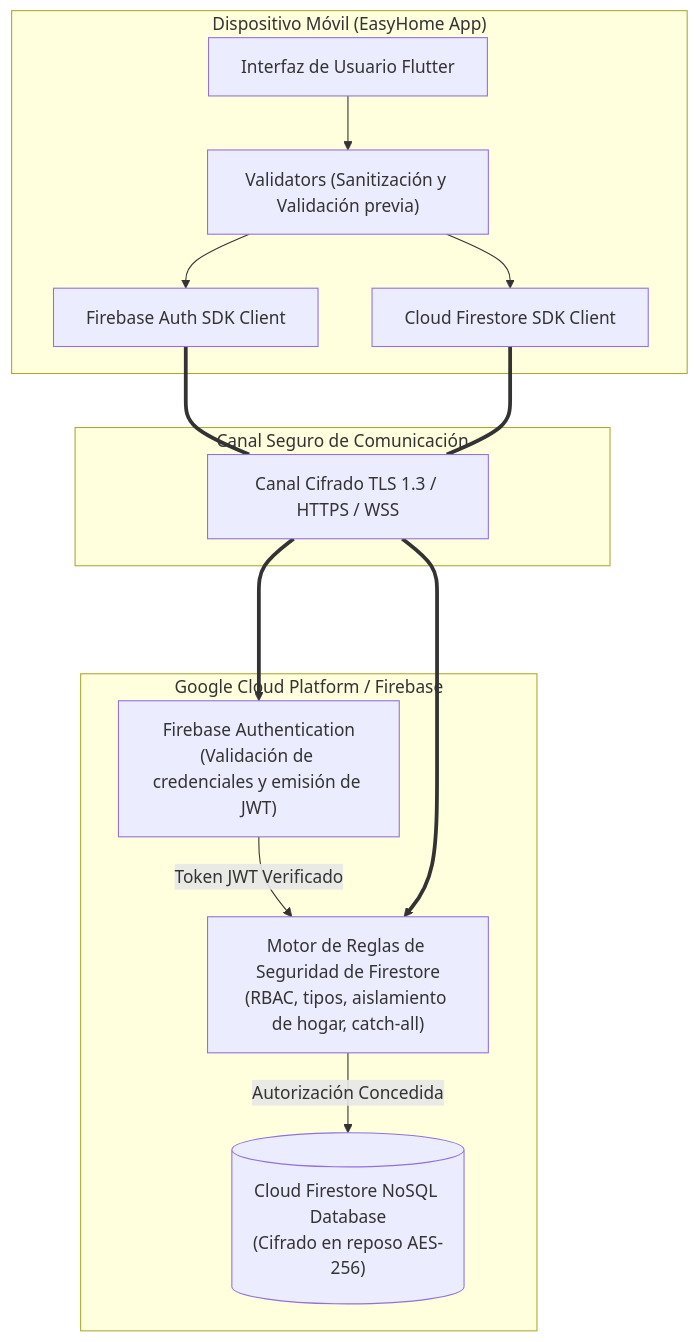
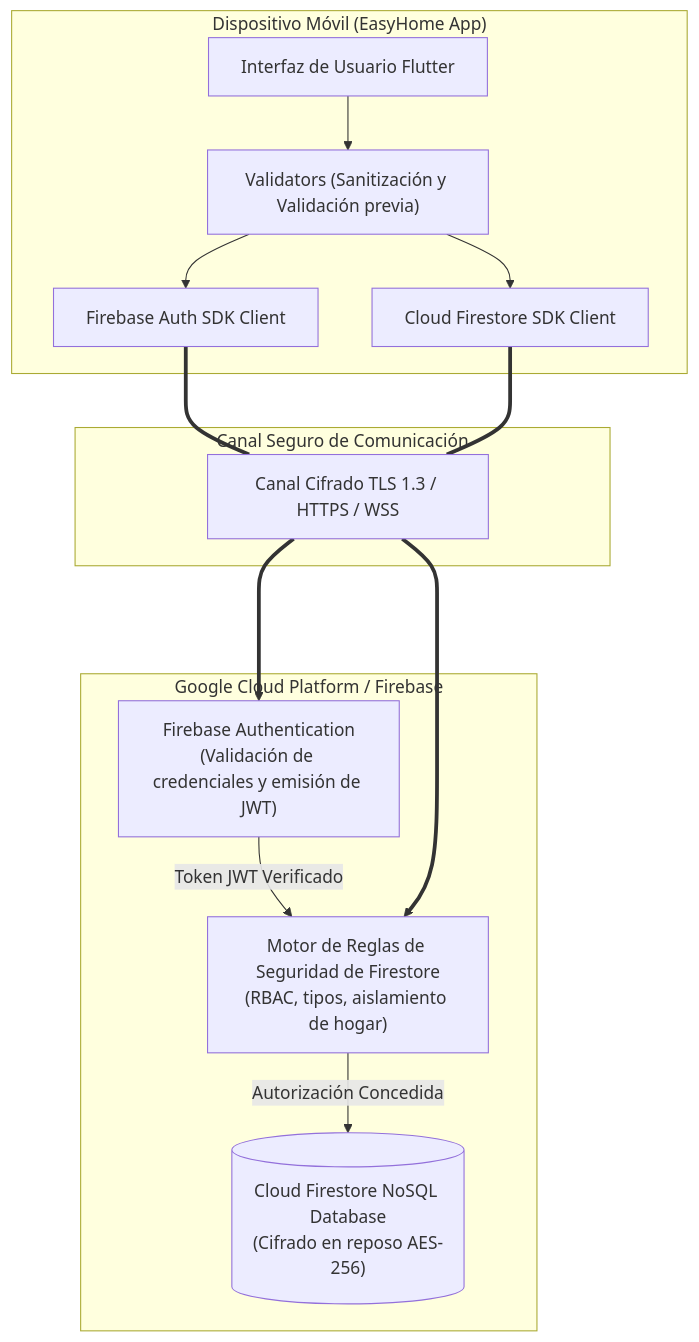
One commit to JaquelineCamarillo/EasyHome changed the diagram in bitacora/seguridad.md. Above: the diagram before and after it, drawn with Mermaid. The commit also changed other lines of this file and 54 other files, not shown here.

````diff
--- a/bitacora/seguridad.md
+++ b/bitacora/seguridad.md
@@ -22,28 +39,28 @@
 ```mermaid
 flowchart TD
     subgraph Cliente["Dispositivo Móvil (EasyHome App)"]
         UI["Interfaz de Usuario Flutter"]
         VAL["Validators (Sanitización y Validación previa)"]
         AUTH_CLI["Firebase Auth SDK Client"]
         FS_CLI["Cloud Firestore SDK Client"]
         UI --> VAL
         VAL --> AUTH_CLI
         VAL --> FS_CLI
     end
 
     subgraph Red["Canal Seguro de Comunicación"]
         TLS["Canal Cifrado TLS 1.3 / HTTPS / WSS"]
     end
 
     subgraph FirebaseCloud["Google Cloud Platform / Firebase"]
         FAUTH["Firebase Authentication<br/>(Validación de credenciales y emisión de JWT)"]
-        RULES["Motor de Reglas de Seguridad de Firestore<br/>(RBAC, tipos, aislamiento de hogar, catch-all)"]
+        RULES["Motor de Reglas de Seguridad de Firestore<br/>(RBAC, tipos, aislamiento de hogar)"]
         FSTORE[("Cloud Firestore NoSQL Database<br/>(Cifrado en reposo AES-256)")]
         
         FAUTH -->|Token JWT Verificado| RULES
         RULES -->|Autorización Concedida| FSTORE
     end
 
     AUTH_CLI === TLS ===> FAUTH
     FS_CLI === TLS ===> RULES
 ```
````
